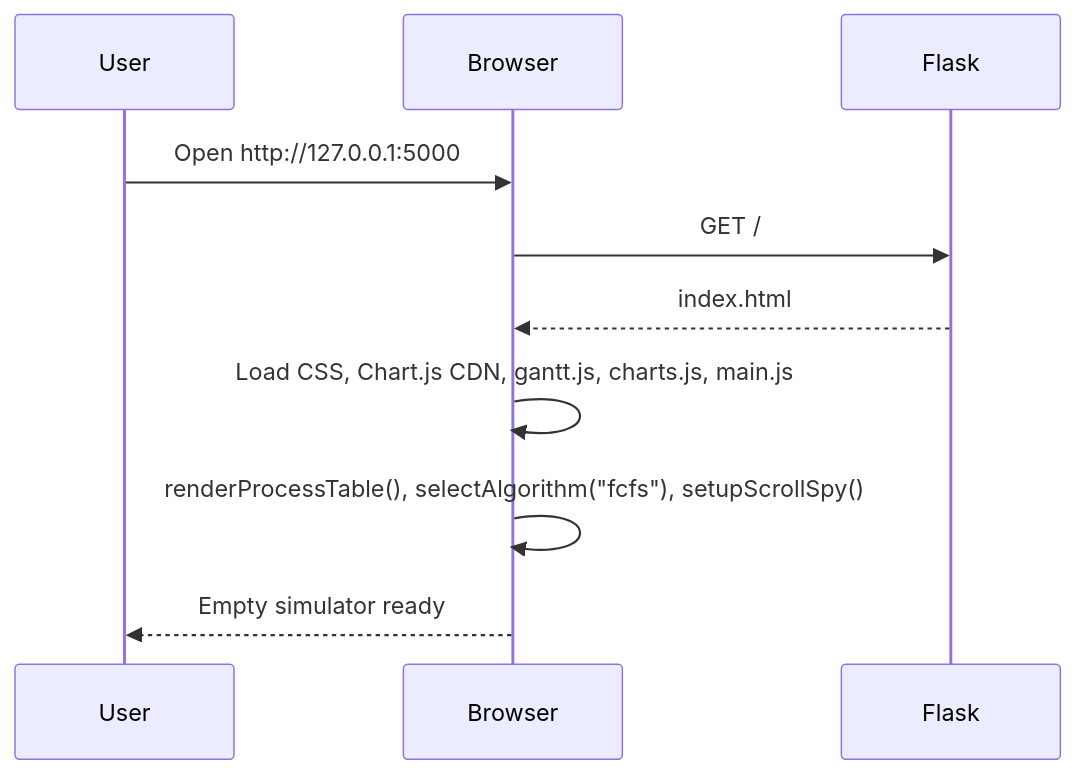
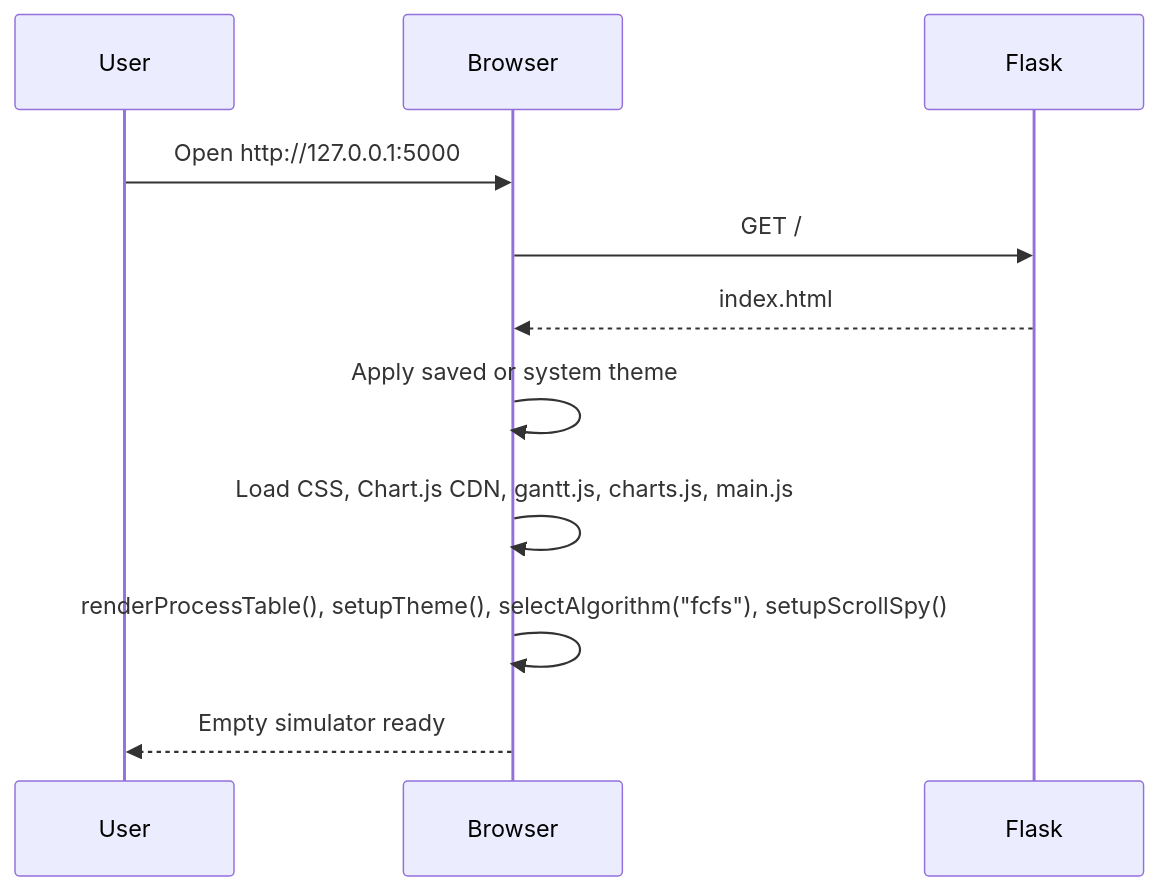
The first of 11 diagrams in docs/CODE_WALKTHROUGH.md (RAJANDESHWAL/cpu-scheduling-simulator), drawn with Mermaid before and after one commit. The commit also changed other lines of this file and 10 other files, not shown here.

````diff
--- a/docs/CODE_WALKTHROUGH.md
+++ b/docs/CODE_WALKTHROUGH.md
@@ -55,12 +57,13 @@
 ```mermaid
 sequenceDiagram
     participant U as User
     participant B as Browser
     participant F as Flask
     U->>B: Open http://127.0.0.1:5000
     B->>F: GET /
     F-->>B: index.html
+    B->>B: Apply saved or system theme
     B->>B: Load CSS, Chart.js CDN, gantt.js, charts.js, main.js
-    B->>B: renderProcessTable(), selectAlgorithm("fcfs"), setupScrollSpy()
+    B->>B: renderProcessTable(), setupTheme(), selectAlgorithm("fcfs"), setupScrollSpy()
     B-->>U: Empty simulator ready
 ```
````
